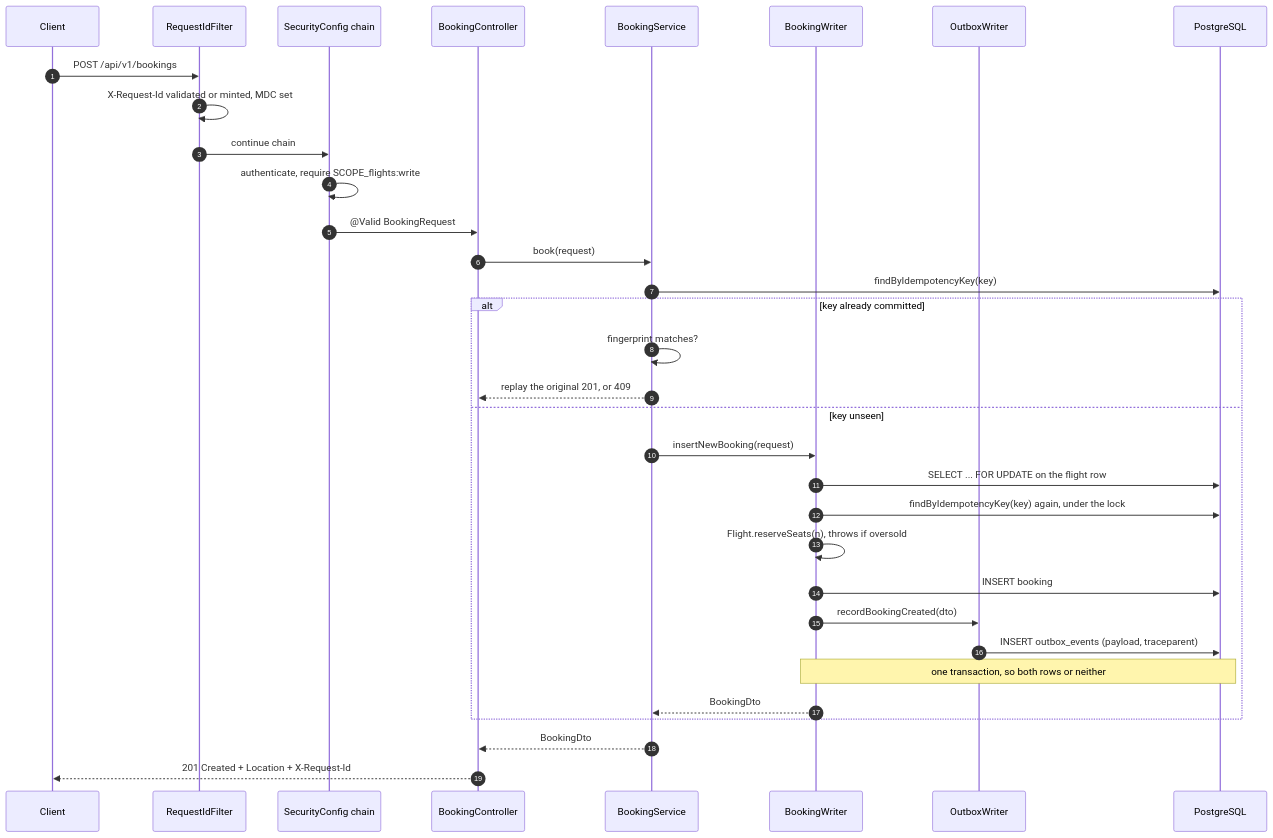
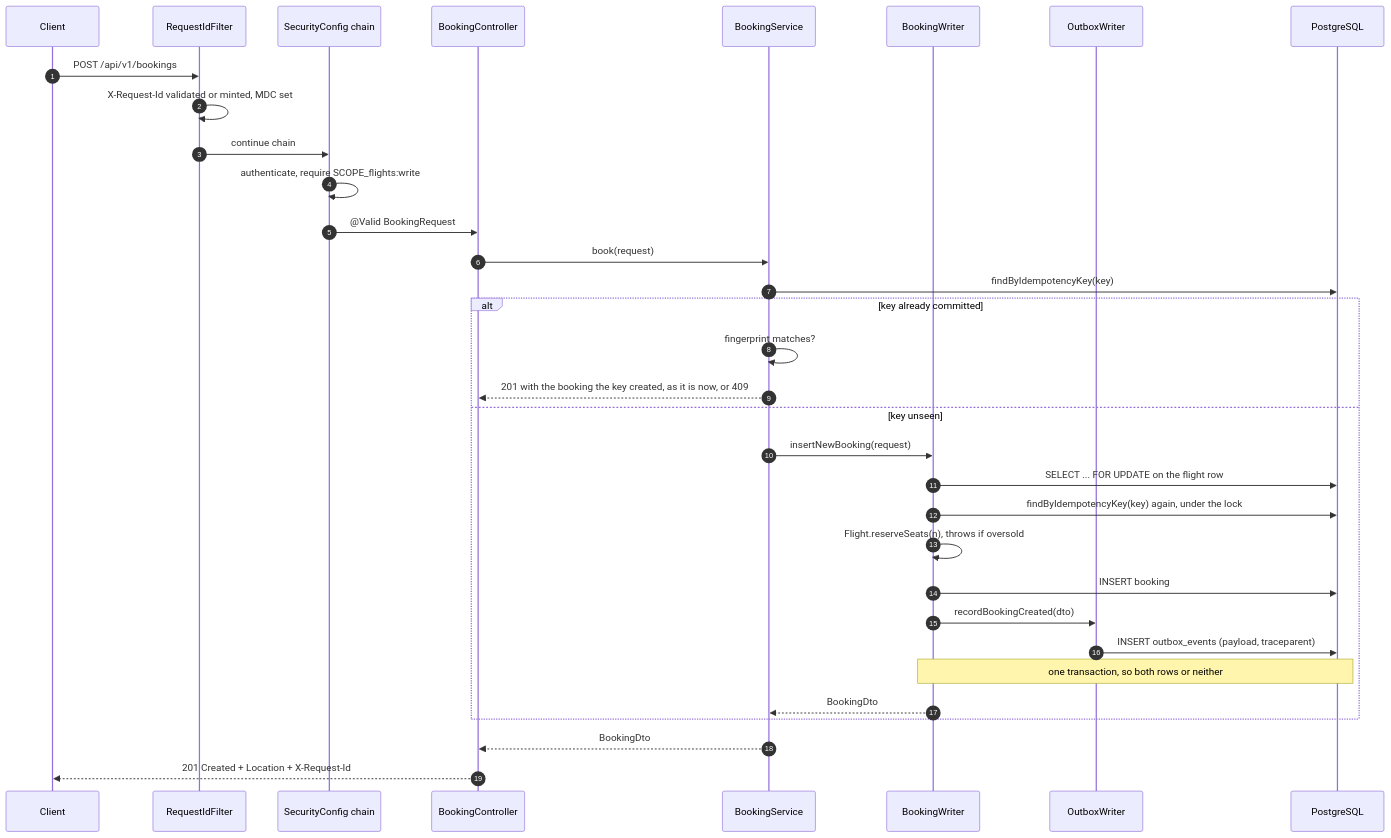
One commit to smit-lakhani-13/flight-ops-services changed the second of 7 diagrams in ARCHITECTURE.md. Above: the diagram before and after it, drawn with Mermaid. The commit also changed other lines of this file and 6 other files, not shown here.

````diff
--- a/ARCHITECTURE.md
+++ b/ARCHITECTURE.md
@@ -96,36 +96,36 @@
 ```mermaid
 sequenceDiagram
     autonumber
     participant C as Client
     participant F as RequestIdFilter
     participant S as SecurityConfig chain
     participant Ctl as BookingController
     participant Svc as BookingService
     participant W as BookingWriter
     participant OW as OutboxWriter
     participant DB as PostgreSQL
 
     C->>F: POST /api/v1/bookings
     F->>F: X-Request-Id validated or minted, MDC set
     F->>S: continue chain
     S->>S: authenticate, require SCOPE_flights:write
     S->>Ctl: @Valid BookingRequest
     Ctl->>Svc: book(request)
     Svc->>DB: findByIdempotencyKey(key)
     alt key already committed
         Svc->>Svc: fingerprint matches?
-        Svc-->>Ctl: replay the original 201, or 409
+        Svc-->>Ctl: 201 with the booking the key created, as it is now, or 409
     else key unseen
         Svc->>W: insertNewBooking(request)
         W->>DB: SELECT ... FOR UPDATE on the flight row
         W->>DB: findByIdempotencyKey(key) again, under the lock
         W->>W: Flight.reserveSeats(n), throws if oversold
         W->>DB: INSERT booking
         W->>OW: recordBookingCreated(dto)
         OW->>DB: INSERT outbox_events (payload, traceparent)
         Note over W,DB: one transaction, so both rows or neither
         W-->>Svc: BookingDto
     end
     Svc-->>Ctl: BookingDto
     Ctl-->>C: 201 Created + Location + X-Request-Id
 ```
````
